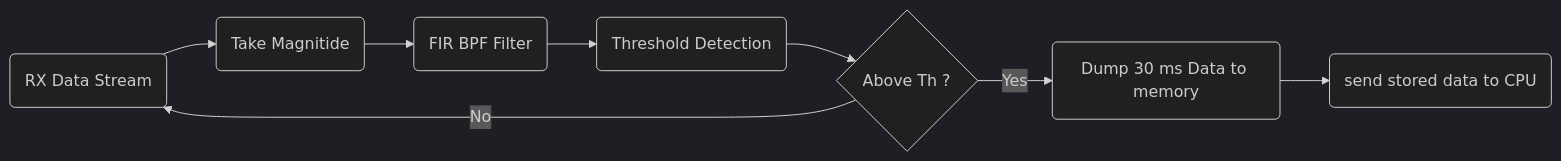
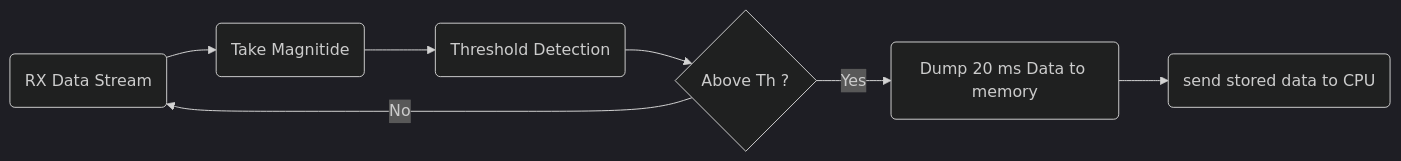
The first of 7 diagrams in dsp/diagrams/diagrams.md (joey-public/WES207CapstoneProject), drawn with Mermaid (dark theme) before and after one commit.

````diff
--- a/dsp/diagrams/diagrams.md
+++ b/dsp/diagrams/diagrams.md
@@ -2,10 +2,9 @@
 ```mermaid
 graph LR
 A(RX Data Stream)-->B(Take Magnitide)
-B --> C(FIR BPF Filter)
-C --> D(Threshold Detection)
+B--> D(Threshold Detection)
 D --> E{Above Th ?}
-E --> |Yes| F(Dump 30 ms Data to memory)
+E --> |Yes| F(Dump 20 ms Data to memory)
 E --> |No| A
 F --> G(send stored data to CPU)
 ```
````
